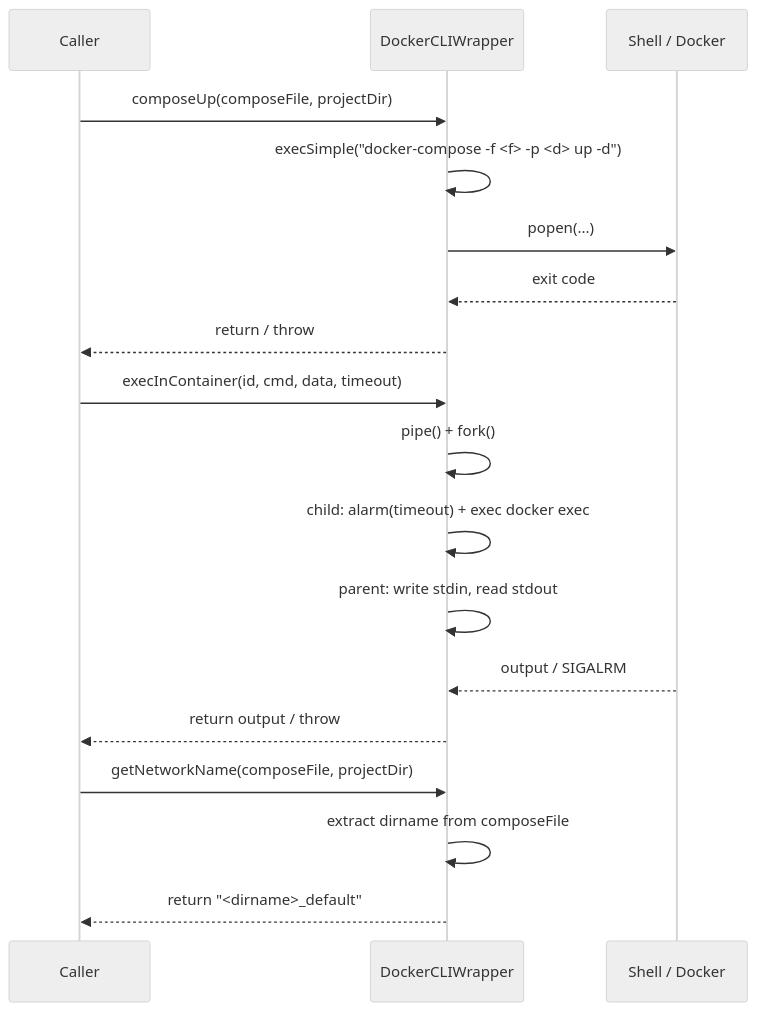
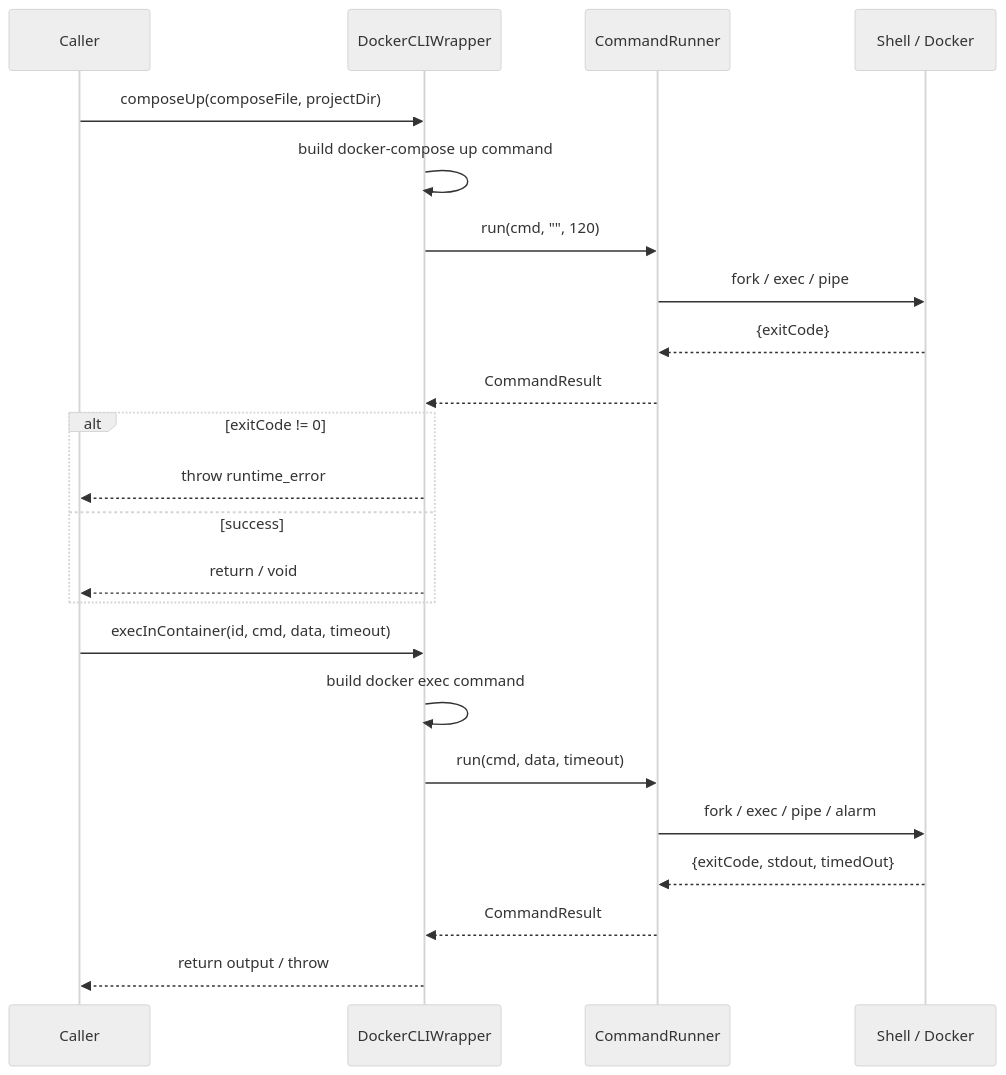
One commit to opensassi/a0 changed the second of 2 diagrams in src/docker/docker_cli_wrapper.spec.md. Above: the diagram before and after it, drawn with Mermaid (neutral theme). The commit also changed other lines of this file and 40 other files, not shown here.

Commit message:
2026-05-29-skills-persistence-command-runner-18e71a0dbffe4Aco1VAu5qiYN7

````diff
--- a/src/docker/docker_cli_wrapper.spec.md
+++ b/src/docker/docker_cli_wrapper.spec.md
@@ -127,23 +97,27 @@
 ```mermaid
 sequenceDiagram
     participant Caller
     participant DCW as DockerCLIWrapper
+    participant CR as CommandRunner
     participant OS as Shell / Docker
 
     Caller->>DCW: composeUp(composeFile, projectDir)
-    DCW->>DCW: execSimple("docker-compose -f <f> -p <d> up -d")
-    DCW->>OS: popen(...)
-    OS-->>DCW: exit code
-    DCW-->>Caller: return / throw
+    DCW->>DCW: build docker-compose up command
+    DCW->>CR: run(cmd, "", 120)
+    CR->>OS: fork / exec / pipe
+    OS-->>CR: {exitCode}
+    CR-->>DCW: CommandResult
+    alt exitCode != 0
+        DCW-->>Caller: throw runtime_error
+    else success
+        DCW-->>Caller: return / void
+    end
 
     Caller->>DCW: execInContainer(id, cmd, data, timeout)
-    DCW->>DCW: pipe() + fork()
-    DCW->>DCW: child: alarm(timeout) + exec docker exec
-    DCW->>DCW: parent: write stdin, read stdout
-    OS-->>DCW: output / SIGALRM
+    DCW->>DCW: build docker exec command
+    DCW->>CR: run(cmd, data, timeout)
+    CR->>OS: fork / exec / pipe / alarm
+    OS-->>CR: {exitCode, stdout, timedOut}
+    CR-->>DCW: CommandResult
     DCW-->>Caller: return output / throw
-
-    Caller->>DCW: getNetworkName(composeFile, projectDir)
-    DCW->>DCW: extract dirname from composeFile
-    DCW-->>Caller: return "<dirname>_default"
 ```
````
